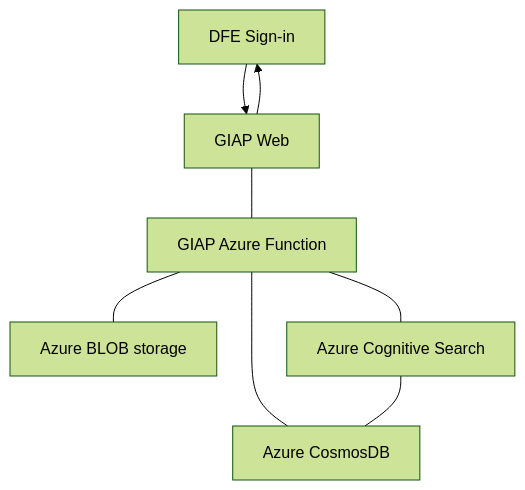
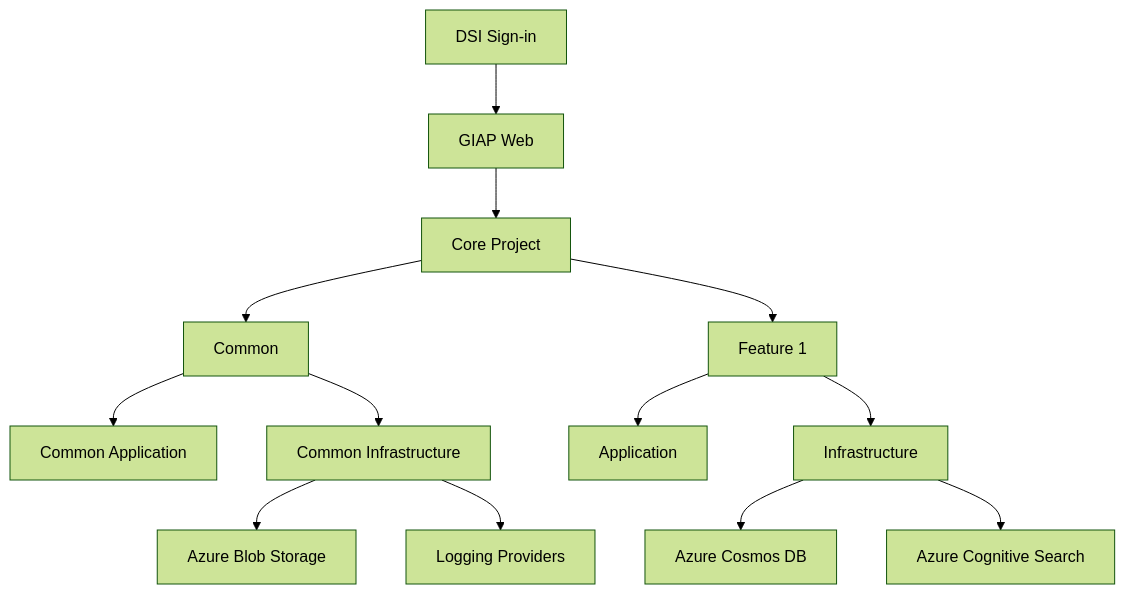
Before and after one commit to DFE-Digital/get-information-about-pupils: the diagram in README.md, drawn with Mermaid (forest theme). The commit also changed other lines of this file and 1 other file, not shown here.

````diff
--- a/README.md
+++ b/README.md
@@ -102,10 +106,23 @@
 ```mermaid
 graph TD
-X[DFE Sign-in] --> A
-A --> X
-A[GIAP Web] --- B[GIAP Azure Function]
-B --- E[Azure BLOB storage]
-B --- D[Azure Cognitive Search]
-B --- C[Azure CosmosDB]
-D --- C
+
+%% ENTRY POINT
+DSI[DSI Sign-in] --> UI[GIAP Web]
+UI --> CORE[Core Project]
+
+%% COMMON LAYER
+CORE --> COMMON[Common]
+COMMON --> CA[Common Application]
+COMMON --> CI[Common Infrastructure]
+
+CI --> BLOB[Azure Blob Storage]
+CI --> LOG[Logging Providers]
+
+%% FEATURE 1
+CORE --> FEATURE1[Feature 1]
+FEATURE1 --> F1_APP[Application]
+FEATURE1 --> F1_INFRA[Infrastructure]
+
+F1_INFRA --> COSMOS[Azure Cosmos DB]
+F1_INFRA --> SEARCH[Azure Cognitive Search]
 ```
````
